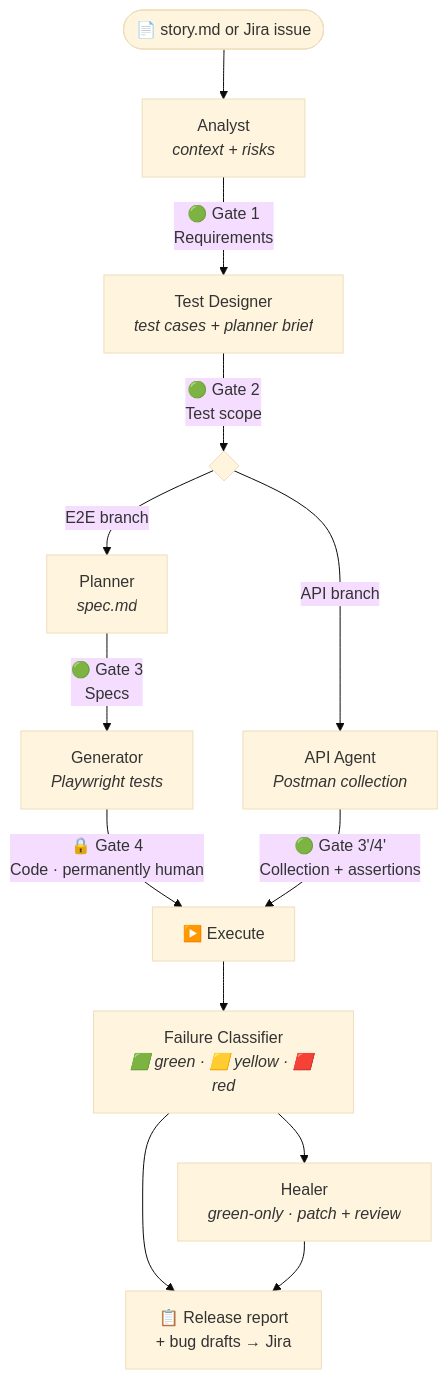
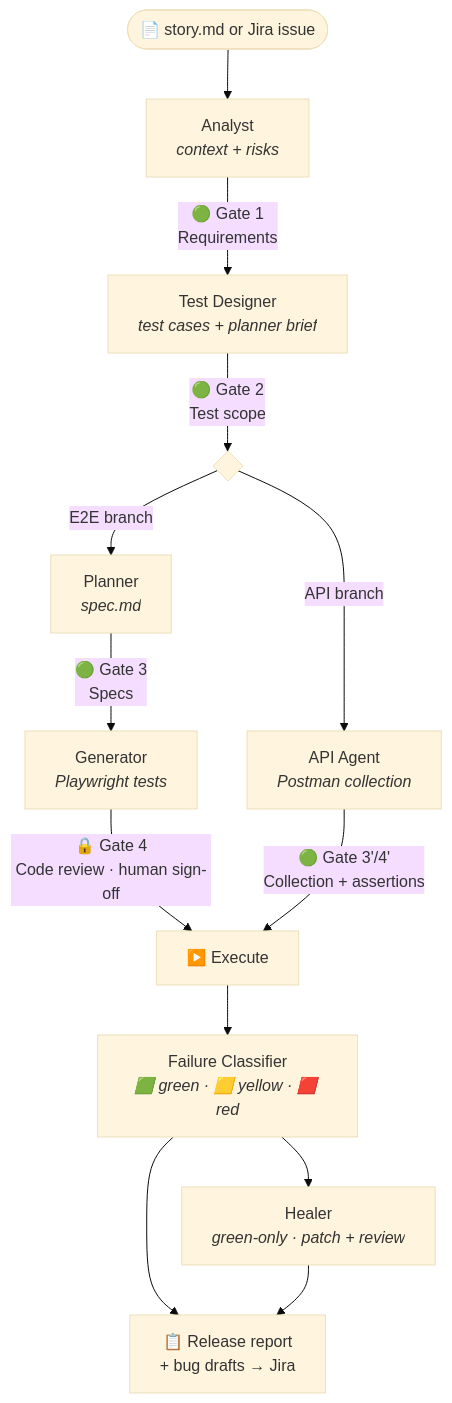
Before and after one commit to MiltonKlun/Qaizen: the first of 2 diagrams in README.md, drawn with Mermaid (base theme). The commit also changed other lines of this file, not shown here.

````diff
--- a/README.md
+++ b/README.md
@@ -76,23 +79,23 @@
 ```mermaid
 flowchart TD
     story([📄 story.md or Jira issue])
 
     story --> analyst[Analyst<br/><i>context + risks</i>]
     analyst -- "🟢 Gate 1<br/>Requirements" --> designer[Test Designer<br/><i>test cases + planner brief</i>]
     designer -- "🟢 Gate 2<br/>Test scope" --> split{ }
 
     split -->|E2E branch| planner[Planner<br/><i>spec.md</i>]
     planner -- "🟢 Gate 3<br/>Specs" --> generator[Generator<br/><i>Playwright tests</i>]
-    generator -- "🔒 Gate 4<br/>Code · permanently human" --> execute
+    generator -- "🔒 Gate 4<br/>Code review · human sign-off" --> execute
 
     split -->|API branch| apiagent[API Agent<br/><i>Postman collection</i>]
     apiagent -- "🟢 Gate 3'/4'<br/>Collection + assertions" --> execute
 
     execute[▶️ Execute] --> classifier[Failure Classifier<br/><i>🟩 green · 🟨 yellow · 🟥 red</i>]
     classifier --> healer[Healer<br/><i>green-only · patch + review</i>]
     classifier --> report[📋 Release report<br/>+ bug drafts → Jira]
     healer --> report
 
     classDef gate fill:#1f6feb,stroke:#1f6feb,color:#fff;
     classDef human fill:#cf222e,stroke:#cf222e,color:#fff;
 ```
````
